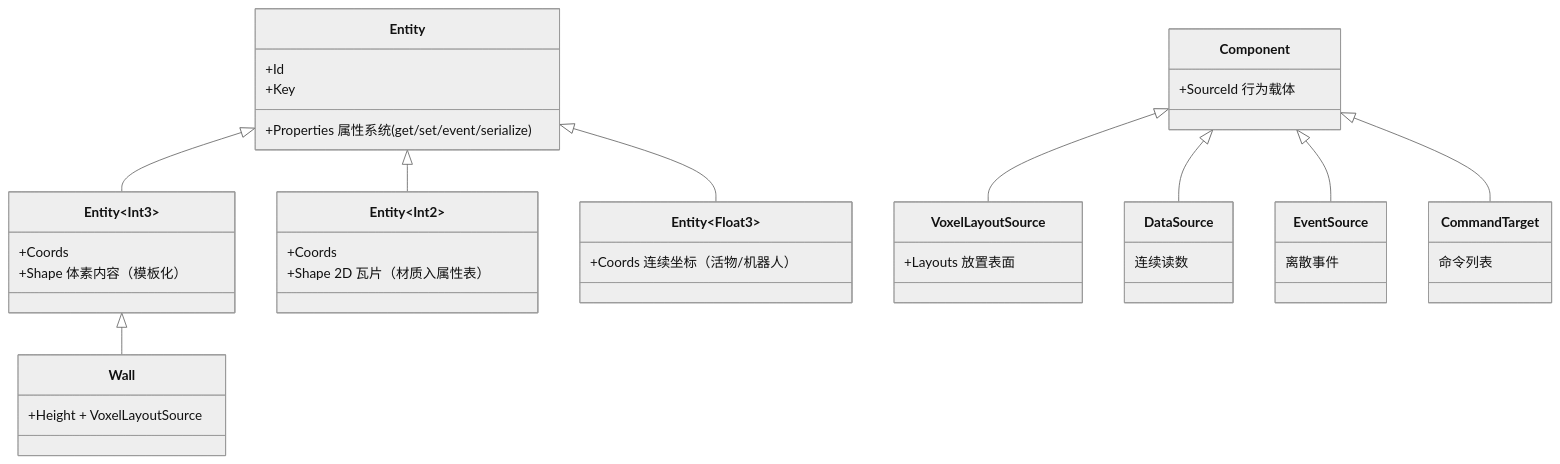
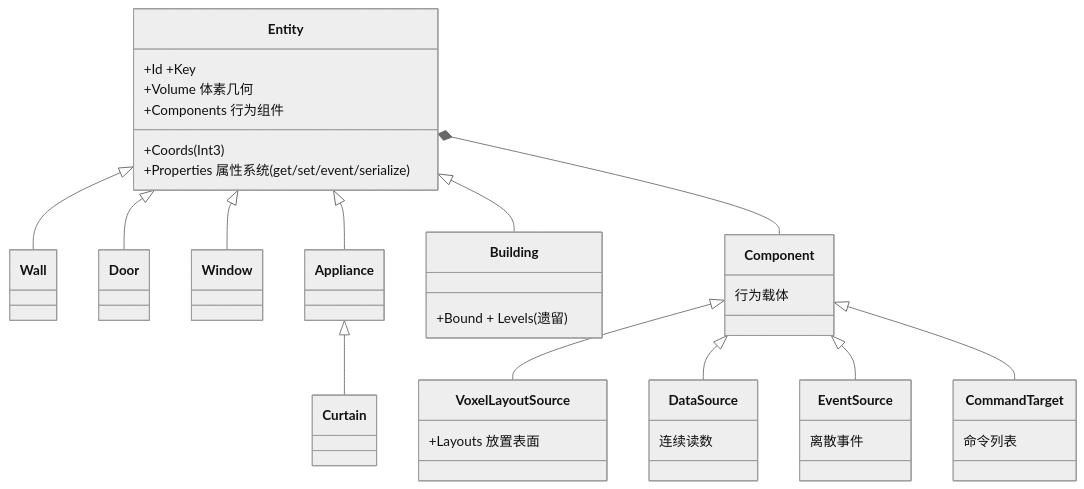
Before and after one commit to momoka-ai/momoka: the first of 4 diagrams in Documentation/DESIGN_HOME.md, drawn with Mermaid (neutral theme). The commit also changed other lines of this file, not shown here.

First line of the commit message:
[Docs]: Docs Update; Refresh DESIGN_HOME.md to the flattened 3D architecture and record remaining TODOs

````diff
--- a/Documentation/DESIGN_HOME.md
+++ b/Documentation/DESIGN_HOME.md
@@ -38,48 +38,47 @@
 ```mermaid
 classDiagram
     direction TB
 
     class Entity {
-        +Id
-        +Key
+        +Id +Key
+        +Coords(Int3)
+        +Volume 体素几何
         +Properties 属性系统(get/set/event/serialize)
+        +Components 行为组件
     }
-    class EntityInt3["Entity&lt;Int3&gt;"] {
-        +Coords
-        +Shape 体素内容（模板化）
-    }
-    class EntityInt2["Entity&lt;Int2&gt;"] {
-        +Coords
-        +Shape 2D 瓦片（材质入属性表）
-    }
-    class EntityFloat3["Entity&lt;Float3&gt;"] {
-        +Coords 连续坐标（活物/机器人）
-    }
-    class Wall {
-        +Height + VoxelLayoutSource
+    class Wall
+    class Door
+    class Window
+    class Appliance
+    class Curtain
+    class Building {
+        +Bound + Levels(遗留)
     }
     class Component {
-        +SourceId 行为载体
+        行为载体
     }
     class VoxelLayoutSource {
         +Layouts 放置表面
     }
     class DataSource {
         连续读数
     }
     class EventSource {
         离散事件
     }
     class CommandTarget {
         命令列表
     }
 
-    Entity <|-- EntityInt2
-    Entity <|-- EntityInt3
-    Entity <|-- EntityFloat3
-    EntityInt3 <|-- Wall
+    Entity <|-- Wall
+    Entity <|-- Door
+    Entity <|-- Window
+    Entity <|-- Appliance
+    Entity <|-- Building
+    Appliance <|-- Curtain
     Component <|-- VoxelLayoutSource
     Component <|-- DataSource
     Component <|-- EventSource
     Component <|-- CommandTarget
+    Entity *-- Component
 ```
````
